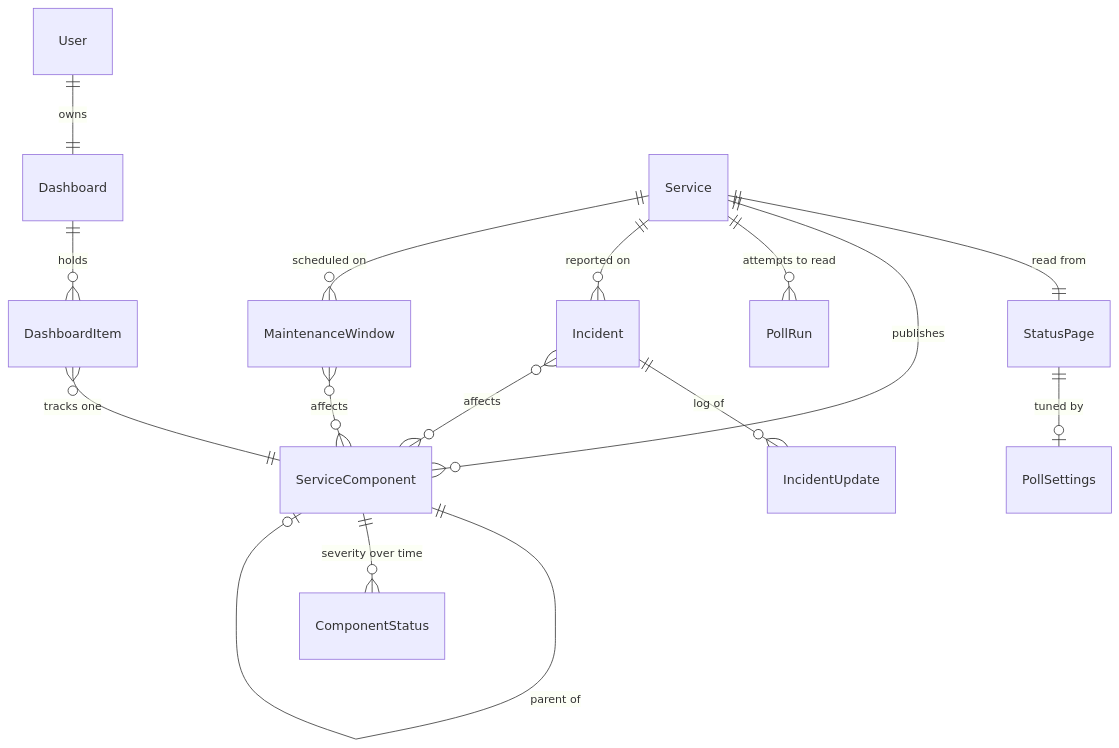
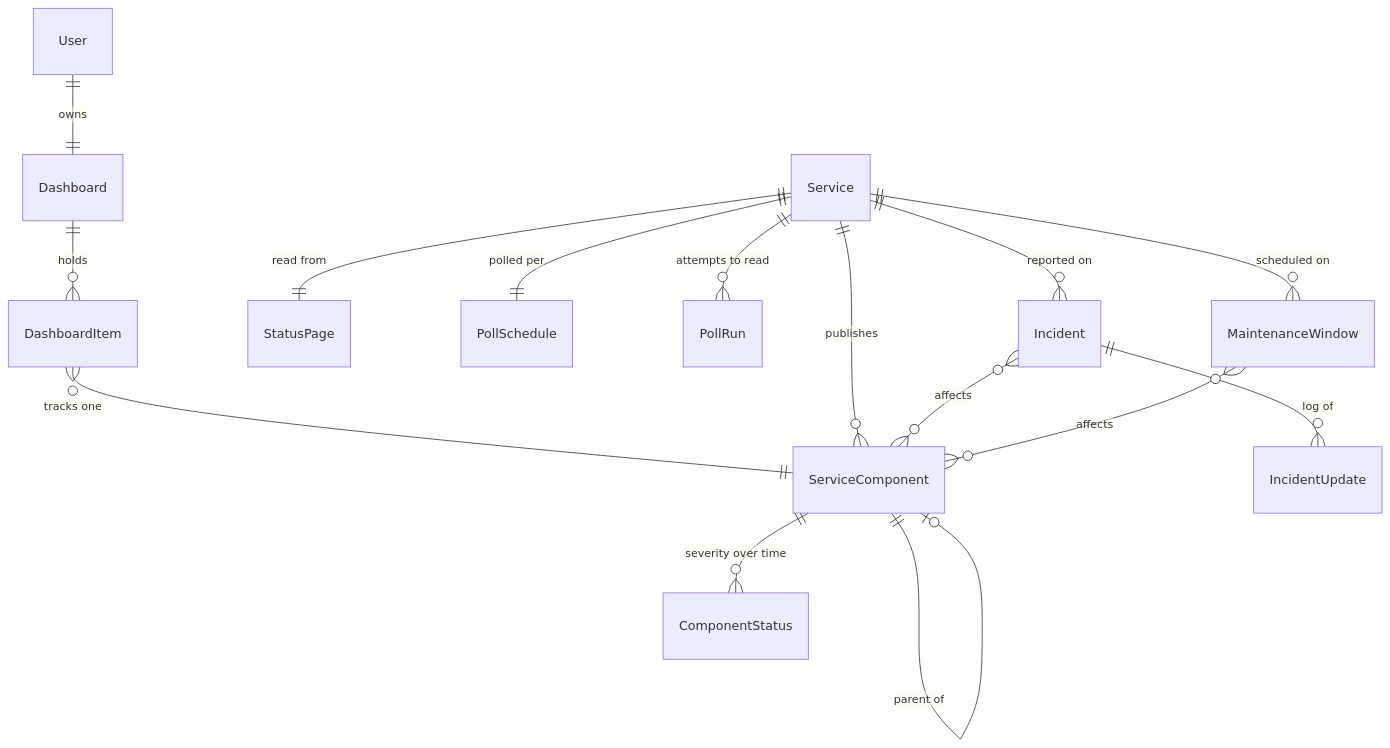
Before and after one commit to thalida/statusboard: the first of 2 diagrams in docs/specs/2026-08-23-statusboard-design.md, drawn with Mermaid. The commit also changed other lines of this file and 1 other file, not shown here.

First line of the commit message:
docs: PollSchedule is one model, and it hangs off the service

````diff
--- a/docs/specs/2026-08-23-statusboard-design.md
+++ b/docs/specs/2026-08-23-statusboard-design.md
@@ -84,19 +84,19 @@
 ```mermaid
 erDiagram
     User ||--|| Dashboard : owns
     Dashboard ||--o{ DashboardItem : holds
     DashboardItem }o--|| ServiceComponent : "tracks one"
 
     Service ||--|| StatusPage : "read from"
-    StatusPage ||--o| PollSettings : "tuned by"
+    Service ||--|| PollSchedule : "polled per"
     Service ||--o{ ServiceComponent : publishes
     ServiceComponent ||--o| ServiceComponent : "parent of"
     ServiceComponent ||--o{ ComponentStatus : "severity over time"
 
     Service ||--o{ PollRun : "attempts to read"
     Service ||--o{ Incident : "reported on"
     Service ||--o{ MaintenanceWindow : "scheduled on"
     Incident ||--o{ IncidentUpdate : "log of"
     Incident }o--o{ ServiceComponent : affects
     MaintenanceWindow }o--o{ ServiceComponent : affects
 ```
````
